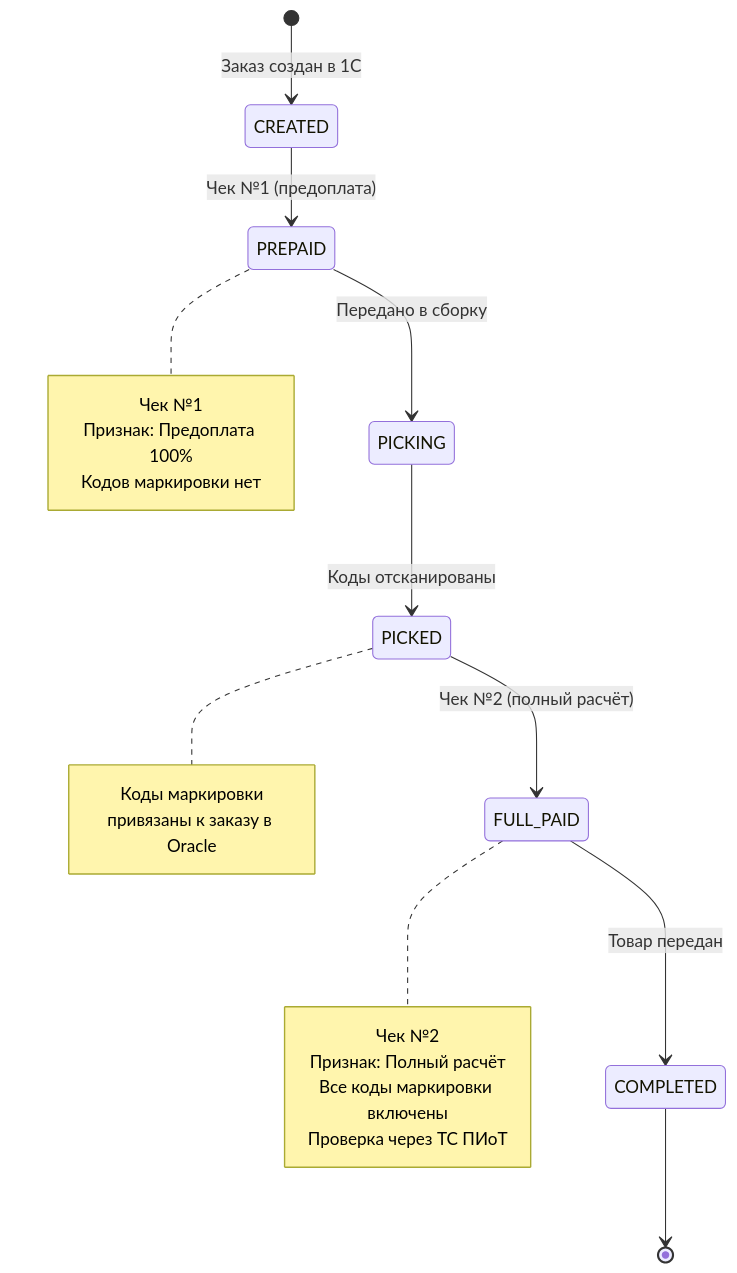
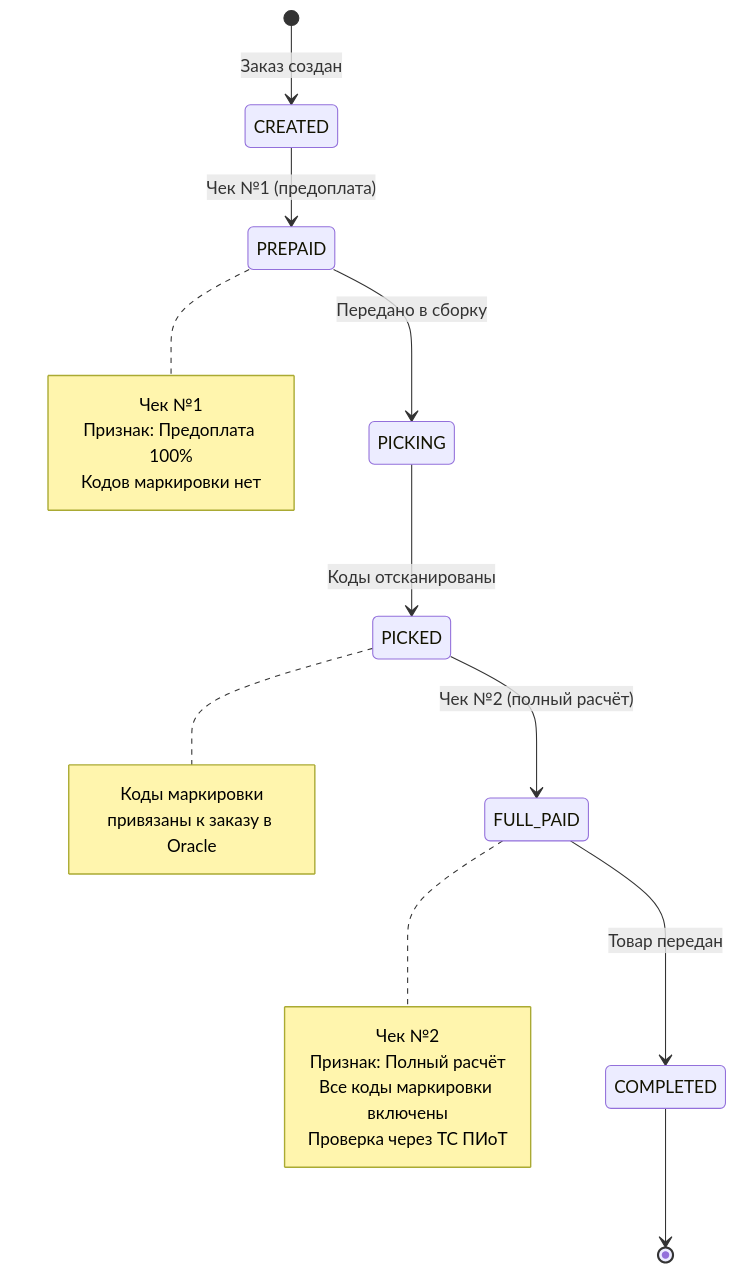
One commit to polushindn-art/oralce-api changed the third of 3 diagrams in src/main/resources/markdown/ТехЗадание/Кассовый_модуль.md. Above: the diagram before and after it, drawn with Mermaid. The commit also changed other lines of this file and 19 other files, not shown here.

````diff
--- a/src/main/resources/markdown/ТехЗадание/Кассовый_модуль.md
+++ b/src/main/resources/markdown/ТехЗадание/Кассовый_модуль.md
@@ -642,28 +812,28 @@
 ```mermaid
 stateDiagram-v2
-    [*] --> CREATED: Заказ создан в 1С
+    [*] --> CREATED: Заказ создан
     CREATED --> PREPAID: Чек №1 (предоплата)
     PREPAID --> PICKING: Передано в сборку
     PICKING --> PICKED: Коды отсканированы
     PICKED --> FULL_PAID: Чек №2 (полный расчёт)
     FULL_PAID --> COMPLETED: Товар передан
     COMPLETED --> [*]
 
     note right of PREPAID
         Чек №1
         Признак: Предоплата 100%
         Кодов маркировки нет
     end note
 
     note right of PICKED
         Коды маркировки
         привязаны к заказу в Oracle
     end note
 
     note right of FULL_PAID
         Чек №2
         Признак: Полный расчёт
         Все коды маркировки включены
         Проверка через ТС ПИоТ
     end note
-```
+```    
````
